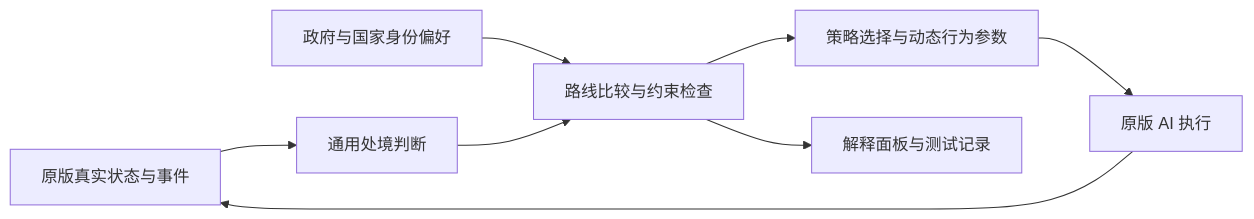
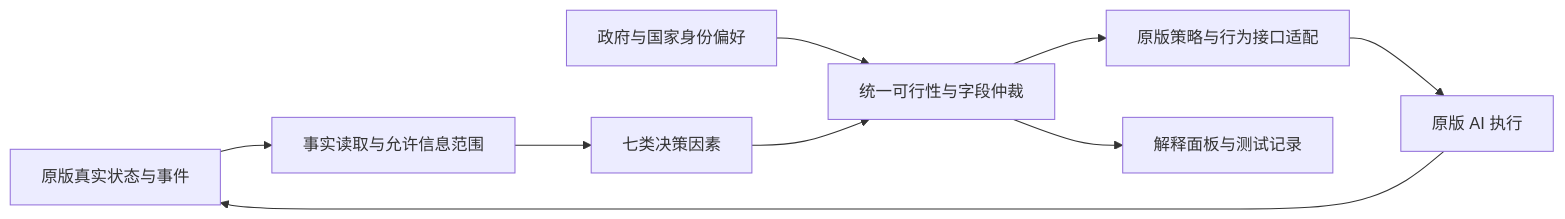
Before and after one commit to AomaYple/Situated-AI: the diagram in docs/design/03-处境决策设计.md, drawn with Mermaid. The commit also changed other lines of this file and 20 other files, not shown here.

````diff
--- a/docs/design/03-处境决策设计.md
+++ b/docs/design/03-处境决策设计.md
@@ -23,10 +39,11 @@
 ```mermaid
 flowchart LR
-    A[原版真实状态与事件] --> B[通用处境判断]
-    C[政府与国家身份偏好] --> D[路线比较与约束检查]
-    B --> D
-    D --> E[策略选择与动态行为参数]
+    A[原版真实状态与事件] --> B[事实读取与允许信息范围]
+    B --> C[七类决策因素]
+    P[政府与国家身份偏好] --> D[统一可行性与字段仲裁]
+    C --> D
+    D --> E[原版策略与行为接口适配]
     E --> F[原版 AI 执行]
     F --> A
     D --> G[解释面板与测试记录]
 ```
````
